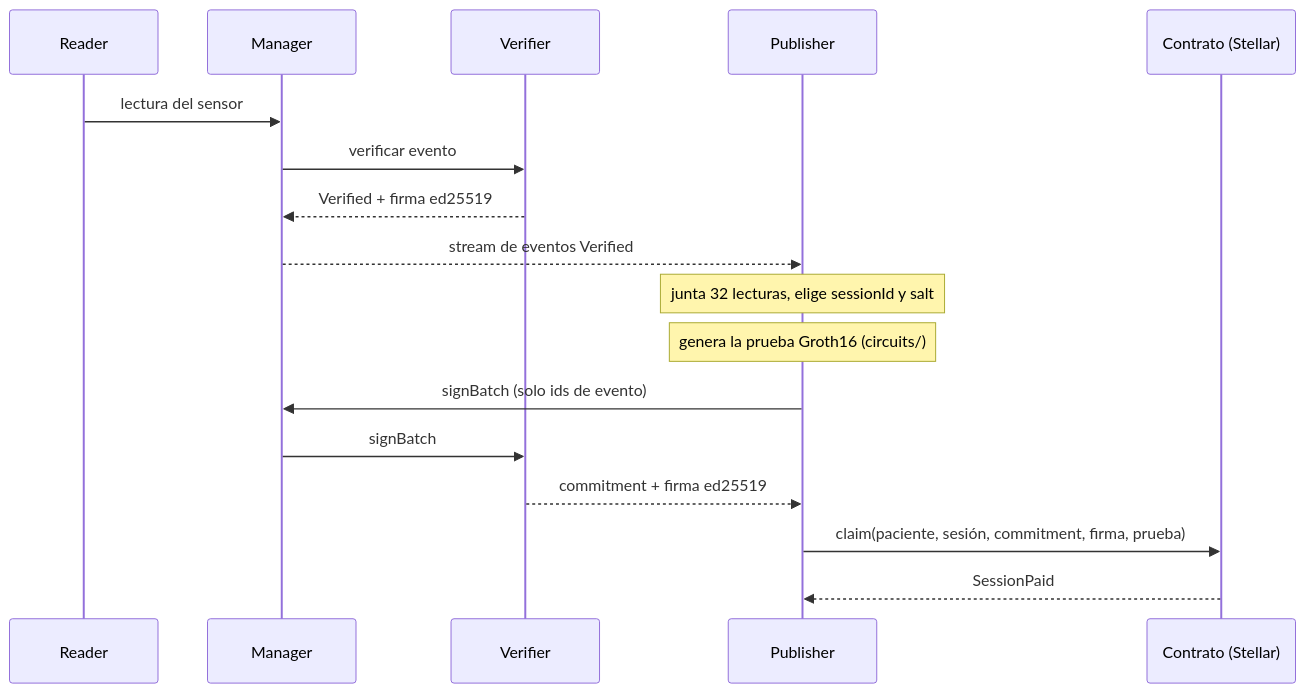
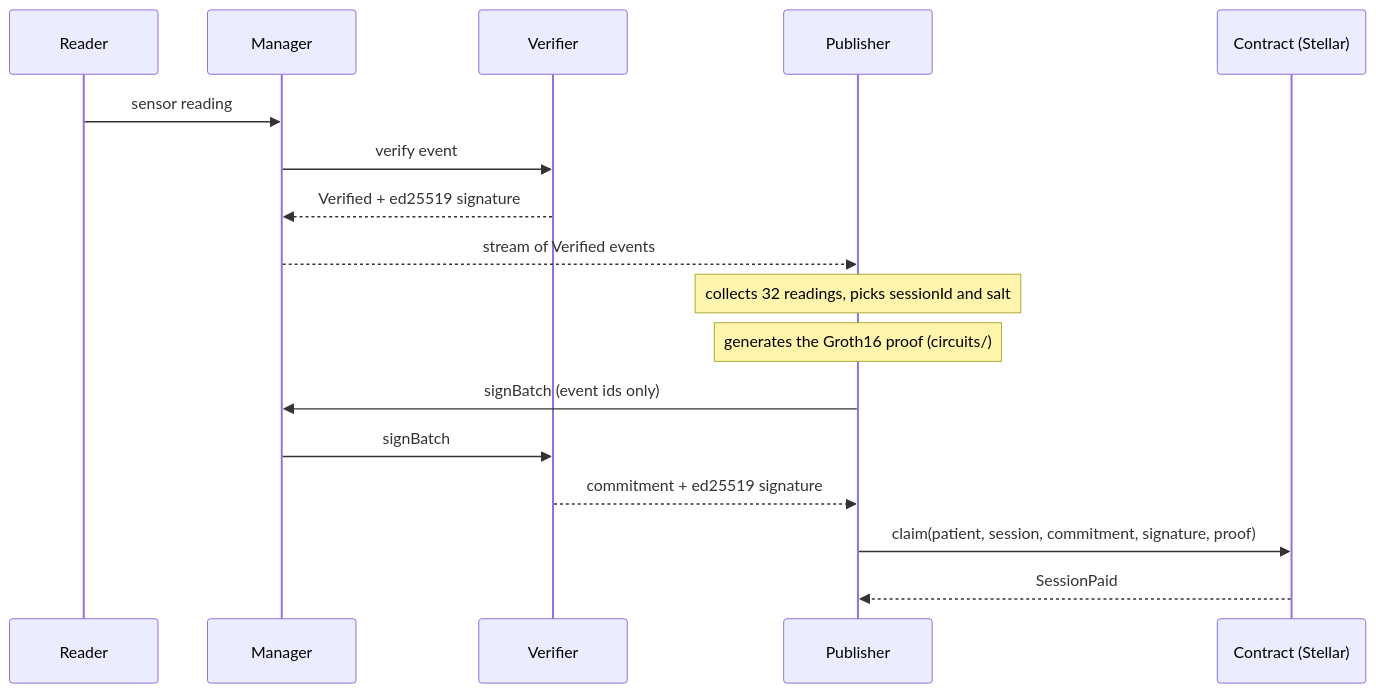
Before and after one commit to ParriCode/phonedo: the first of 2 diagrams in README.md, drawn with Mermaid. The commit also changed other lines of this file, not shown here.

````diff
--- a/README.md
+++ b/README.md
@@ -26,19 +62,19 @@
 ```mermaid
 sequenceDiagram
     participant R as Reader
     participant M as Manager
     participant V as Verifier
     participant P as Publisher
-    participant C as Contrato (Stellar)
-    R->>M: lectura del sensor
-    M->>V: verificar evento
-    V-->>M: Verified + firma ed25519
-    M-->>P: stream de eventos Verified
-    Note over P: junta 32 lecturas, elige sessionId y salt
-    Note over P: genera la prueba Groth16 (circuits/)
-    P->>M: signBatch (solo ids de evento)
+    participant C as Contract (Stellar)
+    R->>M: sensor reading
+    M->>V: verify event
+    V-->>M: Verified + ed25519 signature
+    M-->>P: stream of Verified events
+    Note over P: collects 32 readings, picks sessionId and salt
+    Note over P: generates the Groth16 proof (circuits/)
+    P->>M: signBatch (event ids only)
     M->>V: signBatch
-    V-->>P: commitment + firma ed25519
-    P->>C: claim(paciente, sesión, commitment, firma, prueba)
+    V-->>P: commitment + ed25519 signature
+    P->>C: claim(patient, session, commitment, signature, proof)
     C-->>P: SessionPaid
 ```
````
